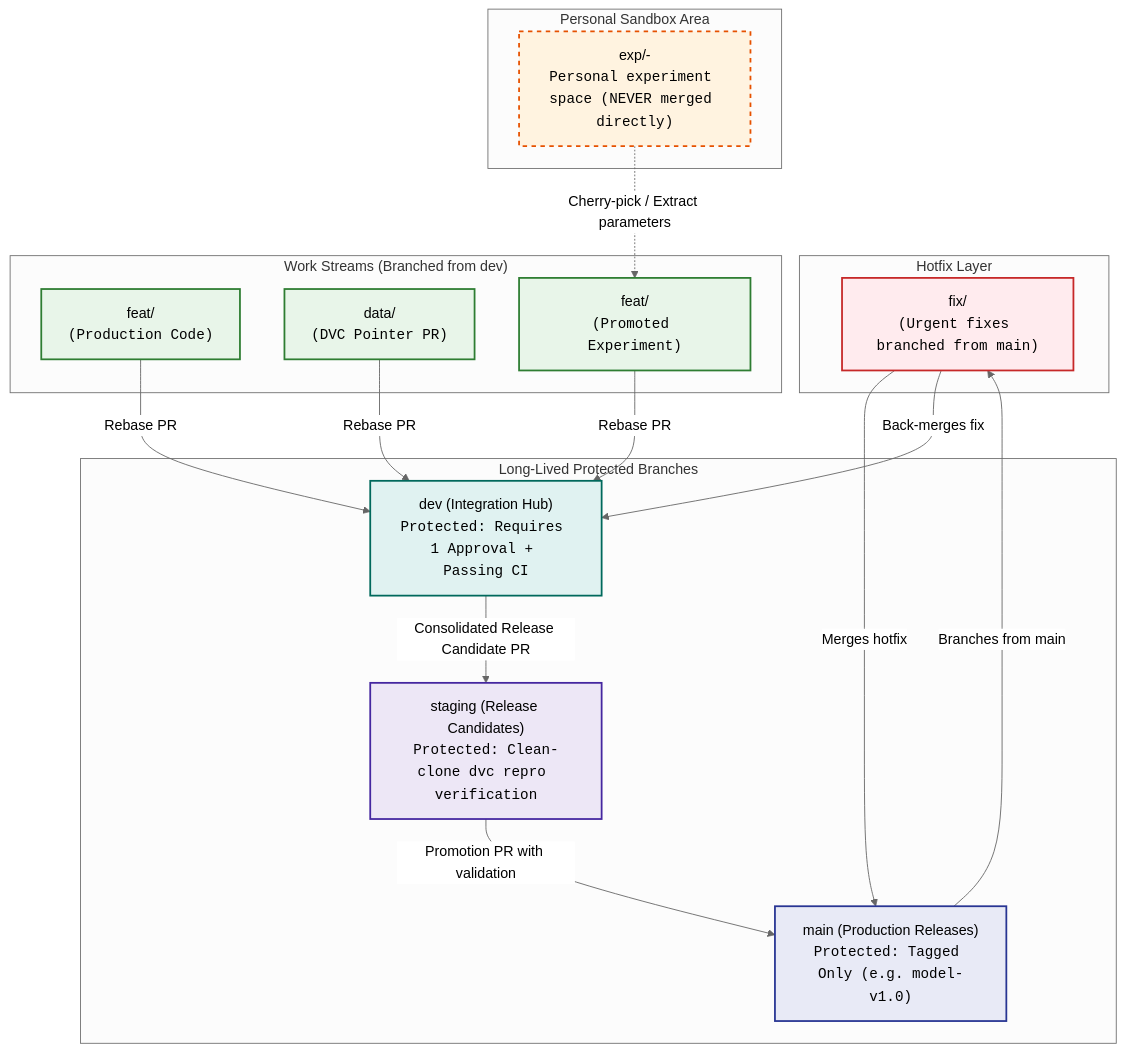
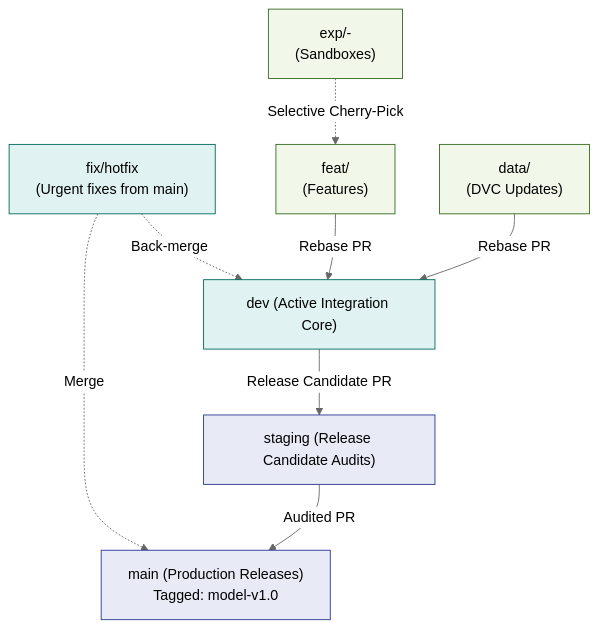
Before and after one commit to m-hassanqureshi/california_housing_mlops: the second of 3 diagrams in PLAN.md, drawn with Mermaid (neutral theme). The commit also changed other lines of this file and 19 other files, not shown here.

````diff
--- a/PLAN.md
+++ b/PLAN.md
@@ -164,49 +47,23 @@
 ```mermaid
 flowchart TD
-    subgraph Hotfix["Hotfix Layer"]
-        FIX["fix/<fix-name><br/><code>(Urgent fixes branched from main)</code>"]
-    end
+    HOTFIX["fix/hotfix<br/>(Urgent fixes from main)"] -.->|Merge| MAIN
+    HOTFIX -.->|Back-merge| DEV
 
-    subgraph CoreBranches["Long-Lived Protected Branches"]
-        MAIN["main (Production Releases)<br/><code>Protected: Tagged Only (e.g. model-v1.0)</code>"]
-        STAGING["staging (Release Candidates)<br/><code>Protected: Clean-clone dvc repro verification</code>"]
-        DEV["dev (Integration Hub)<br/><code>Protected: Requires 1 Approval + Passing CI</code>"]
-    end
+    MAIN["main (Production Releases)<br/>Tagged: model-v1.0"]
+    STAGING["staging (Release Candidate Audits)"]
+    DEV["dev (Active Integration Core)"]
 
-    subgraph FeatureBranches["Work Streams (Branched from dev)"]
-        FEAT["feat/<feature><br/><code>(Production Code)</code>"]
-        DATA["data/<update><br/><code>(DVC Pointer PR)</code>"]
-        PROMOTED["feat/<promoted><br/><code>(Promoted Experiment)</code>"]
-    end
+    STAGING -->|Audited PR| MAIN
+    DEV -->|Release Candidate PR| STAGING
 
-    subgraph Sandboxes["Personal Sandbox Area"]
-        EXP["exp/<member>-<idea><br/><code>Personal experiment space (NEVER merged directly)</code>"]
-    end
+    FEAT["feat/<name><br/>(Features)"] -->|Rebase PR| DEV
+    DATA["data/<name><br/>(DVC Updates)"] -->|Rebase PR| DEV
+    EXP["exp/<member>-<idea><br/>(Sandboxes)"] -.->|Selective Cherry-Pick| FEAT
 
-    MAIN -->|Branches from main| FIX
-    FIX -->|Merges hotfix| MAIN
-    FIX -->|Back-merges fix| DEV
-
-    STAGING -->|Promotion PR with validation| MAIN
-    DEV -->|Consolidated Release Candidate PR| STAGING
-
-    FEAT -->|Rebase PR| DEV
-    DATA -->|Rebase PR| DEV
-    PROMOTED -->|Rebase PR| DEV
-
-    EXP -.->|Cherry-pick / Extract parameters| PROMOTED
-
-    classDef hotfix fill:#ffebee,stroke:#c62828,stroke-width:2px;
-    classDef prod fill:#e8eaf6,stroke:#283593,stroke-width:2px;
-    classDef staging fill:#ede7f6,stroke:#4527a0,stroke-width:2px;
-    classDef dev fill:#e0f2f1,stroke:#00695c,stroke-width:2px;
-    classDef work fill:#e8f5e9,stroke:#2e7d32,stroke-width:2px;
-    classDef sandbox fill:#fff3e0,stroke:#e65100,stroke-width:2px,stroke-dasharray: 5 5;
-
-    class FIX hotfix;
-    class MAIN prod;
-    class STAGING staging;
-    class DEV dev;
-    class FEAT,DATA,PROMOTED work;
-    class EXP sandbox;
+    classDef prod fill:#e8eaf6,stroke:#283593;
+    classDef branch fill:#e0f2f1,stroke:#00695c;
+    classDef work fill:#f1f8e9,stroke:#33691e;
+    class MAIN,STAGING prod;
+    class DEV,HOTFIX branch;
+    class FEAT,DATA,EXP work;
 ```
````
